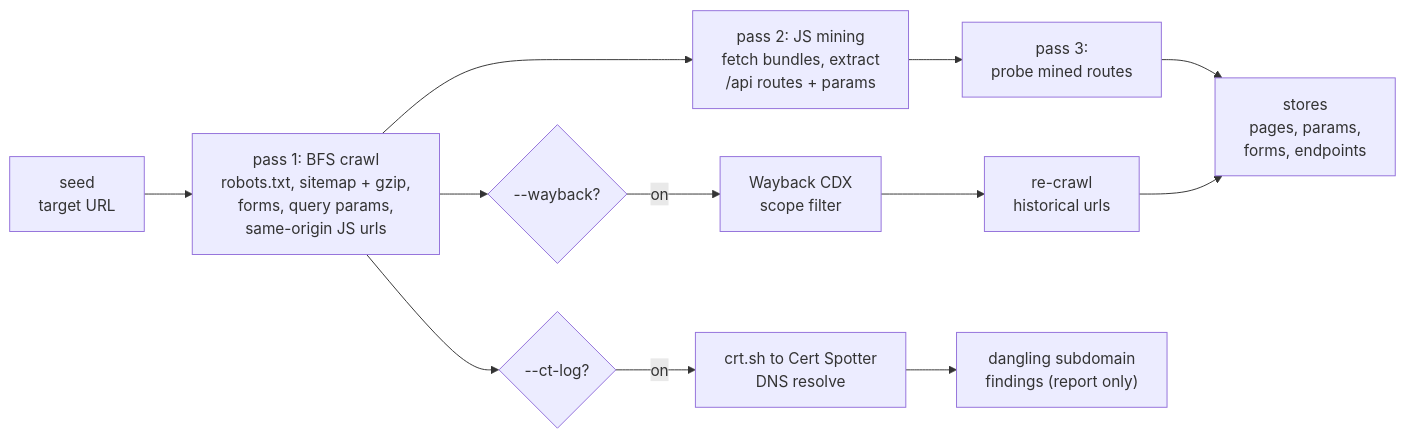
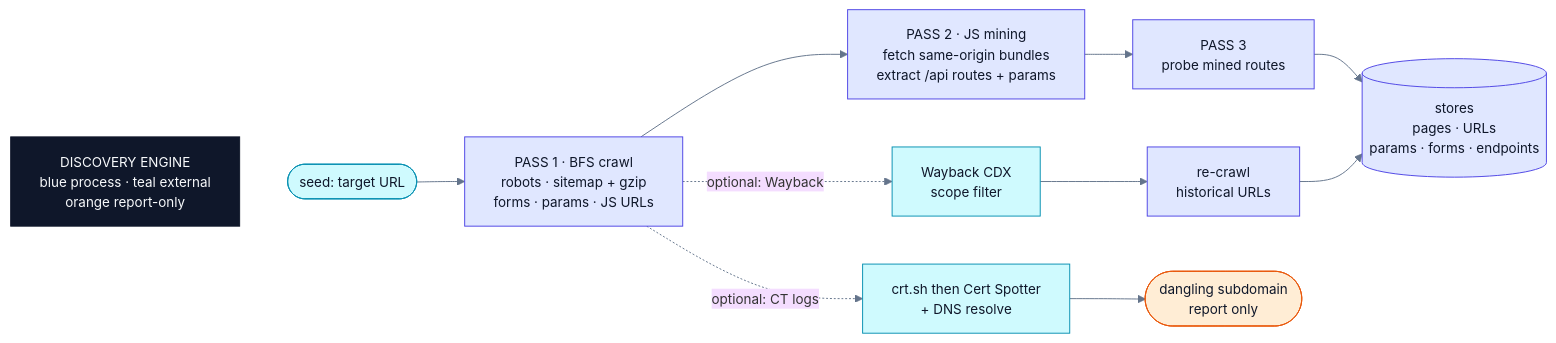
One commit to pixie-chan/redqueen changed the second of 6 diagrams in docs/ARCHITECTURE.md. Above: the diagram before and after it, drawn with Mermaid. The commit also changed other lines of this file and 13 other files, not shown here.

Commit message:
redesign all 6 architecture diagrams: design system, title+legend chips, labeled edges, balanced layouts

````diff
--- a/docs/ARCHITECTURE.md
+++ b/docs/ARCHITECTURE.md
@@ -31,13 +53,26 @@
 ```mermaid
+%%{init: {"theme":"base","themeVariables":{"fontFamily":"DejaVu Sans, Helvetica, sans-serif","fontSize":"14px","lineColor":"#64748b","clusterBkg":"#f8fafc","clusterBorder":"#cbd5e1"}}}%%
 flowchart LR
-    S["seed<br/>target URL"] --> P1["pass 1: BFS crawl<br/>robots.txt, sitemap + gzip,<br/>forms, query params,<br/>same-origin JS urls"]
-    P1 --> P2["pass 2: JS mining<br/>fetch bundles, extract<br/>/api routes + params"]
-    P2 --> P3["pass 3:<br/>probe mined routes"]
-    P1 --> WB{"--wayback?"}
-    WB -- "on" --> W1["Wayback CDX<br/>scope filter"] --> P4["re-crawl<br/>historical urls"]
-    P1 --> CT{"--ct-log?"}
-    CT -- "on" --> C1["crt.sh to Cert Spotter<br/>DNS resolve"]
-    C1 --> CF["dangling subdomain<br/>findings (report only)"]
-    P3 --> ST["stores<br/>pages, params,<br/>forms, endpoints"]
+    T["DISCOVERY ENGINE<br/>blue process · teal external<br/>orange report-only"]:::title ~~~ S(["seed: target URL"]):::ext
+    S --> P1["PASS 1 · BFS crawl<br/>robots · sitemap + gzip<br/>forms · params · JS URLs"]:::engine
+    P1 --> P2["PASS 2 · JS mining<br/>fetch same-origin bundles<br/>extract /api routes + params"]:::engine
+    P2 --> P3["PASS 3<br/>probe mined routes"]:::engine
+    P3 --> ST[("stores<br/>pages · URLs<br/>params · forms · endpoints")]:::engine
+    P1 -.->|"optional: Wayback"| W["Wayback CDX<br/>scope filter"]:::ext
+    W --> P4["re-crawl<br/>historical URLs"]:::engine
     P4 --> ST
+    P1 -.->|"optional: CT logs"| C["crt.sh then Cert Spotter<br/>+ DNS resolve"]:::ext
+    C --> F(["dangling subdomain<br/>report only"]):::warn
+
+    classDef title fill:#0f172a,stroke:#0f172a,color:#f8fafc
+    classDef cli fill:#e0f2fe,stroke:#0284c7,color:#0f172a
+    classDef engine fill:#e0e7ff,stroke:#4f46e5,color:#0f172a
+    classDef gate fill:#fffbeb,stroke:#d97706,color:#0f172a
+    classDef good fill:#dcfce7,stroke:#059669,color:#0f172a
+    classDef bad fill:#ffe4e6,stroke:#e11d48,color:#0f172a
+    classDef warn fill:#ffedd5,stroke:#ea580c,color:#0f172a
+    classDef out fill:#ede9fe,stroke:#7c3aed,color:#0f172a
+    classDef neutral fill:#f1f5f9,stroke:#64748b,color:#0f172a
+    classDef ext fill:#cffafe,stroke:#0891b2,color:#0f172a
+    classDef forbidden fill:#ffe4e6,stroke:#e11d48,color:#0f172a,stroke-dasharray:6 4
 ```
````
